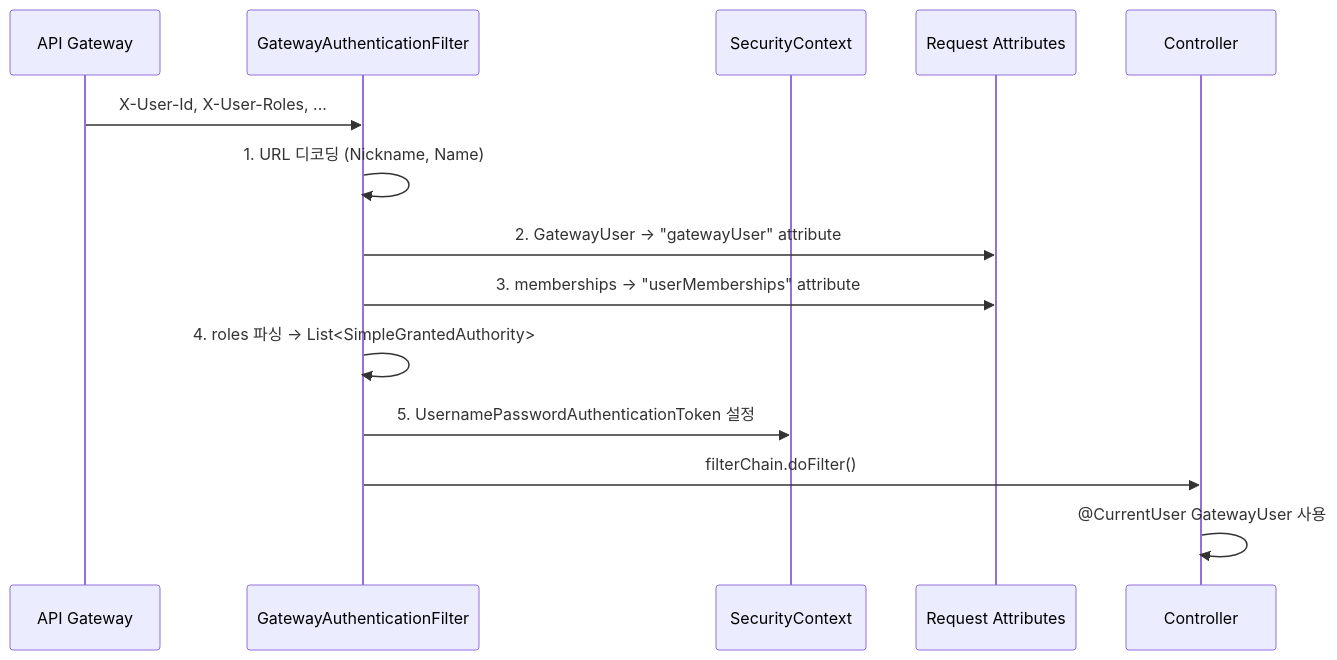
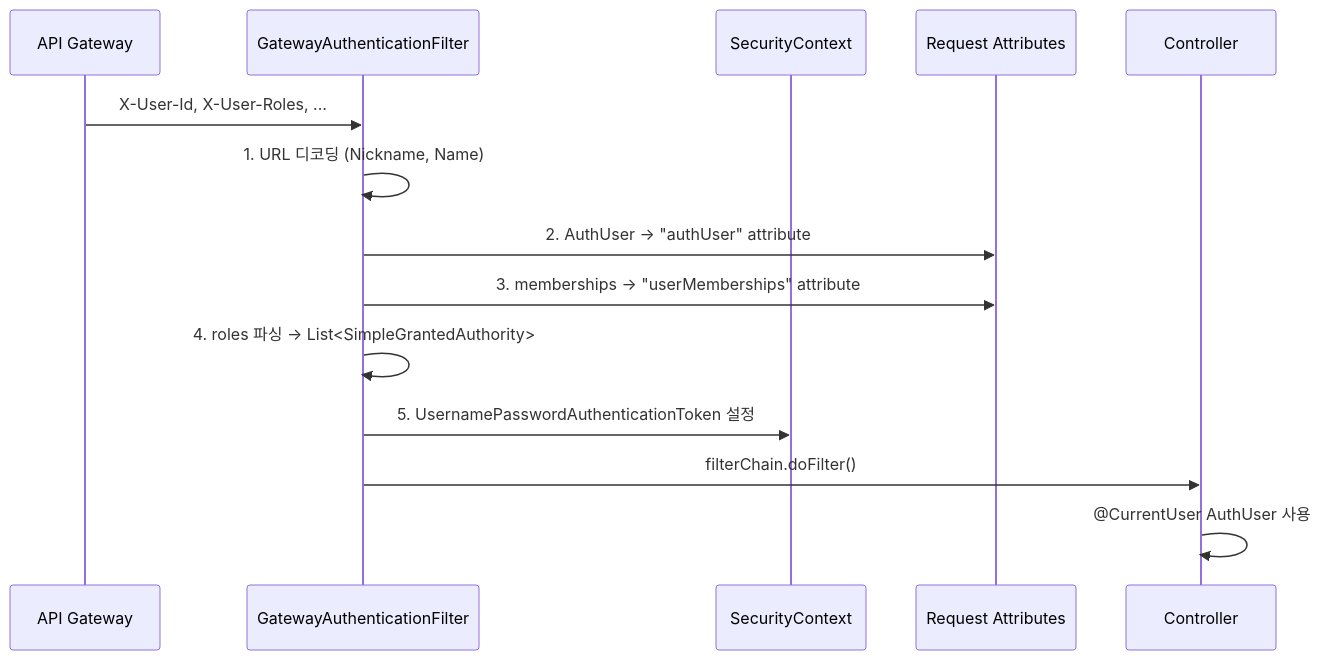
Before and after one commit to L-a-z-e/portal-universe: the second of 2 diagrams in docs/api/common-library/security-auth.md, drawn with Mermaid. The commit also changed other lines of this file and 38 other files, not shown here.

First line of the commit message:
refactor(common): standardize controller auth params with @CurrentUser AuthUser (ADR-024)

````diff
--- a/docs/api/common-library/security-auth.md
+++ b/docs/api/common-library/security-auth.md
@@ -170,17 +170,17 @@
 ```mermaid
 sequenceDiagram
     participant GW as API Gateway
     participant F as GatewayAuthenticationFilter
     participant SC as SecurityContext
     participant RA as Request Attributes
     participant C as Controller
 
     GW->>F: X-User-Id, X-User-Roles, ...
     F->>F: 1. URL 디코딩 (Nickname, Name)
-    F->>RA: 2. GatewayUser → "gatewayUser" attribute
+    F->>RA: 2. AuthUser → "authUser" attribute
     F->>RA: 3. memberships → "userMemberships" attribute
     F->>F: 4. roles 파싱 → List<SimpleGrantedAuthority>
     F->>SC: 5. UsernamePasswordAuthenticationToken 설정
     F->>C: filterChain.doFilter()
-    C->>C: @CurrentUser GatewayUser 사용
+    C->>C: @CurrentUser AuthUser 사용
 ```
````
